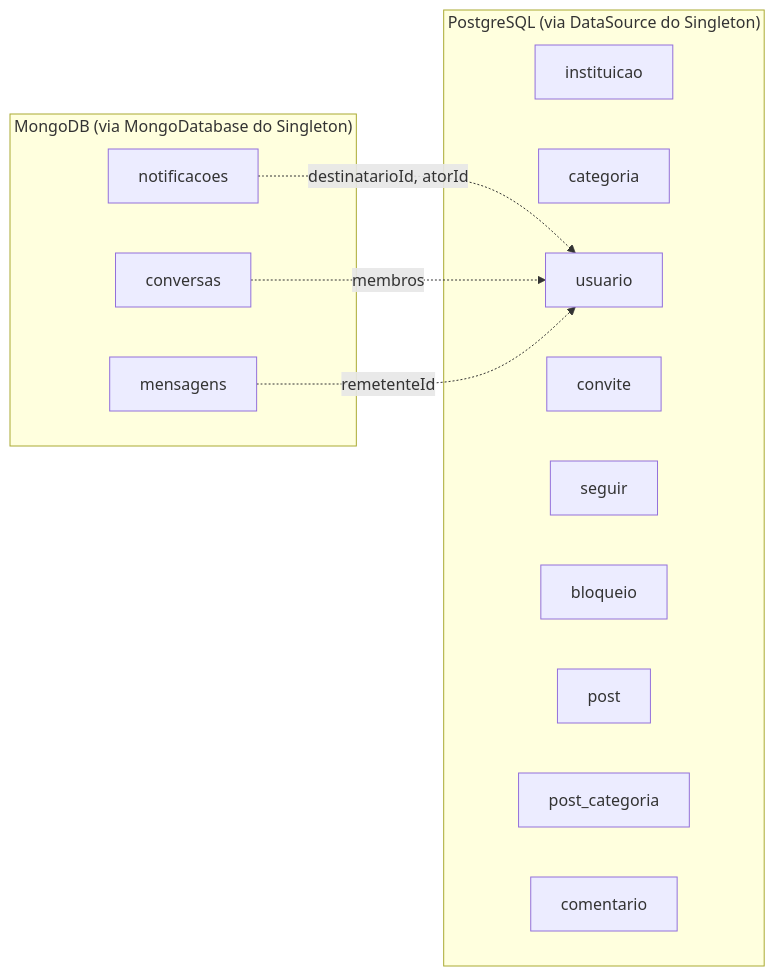
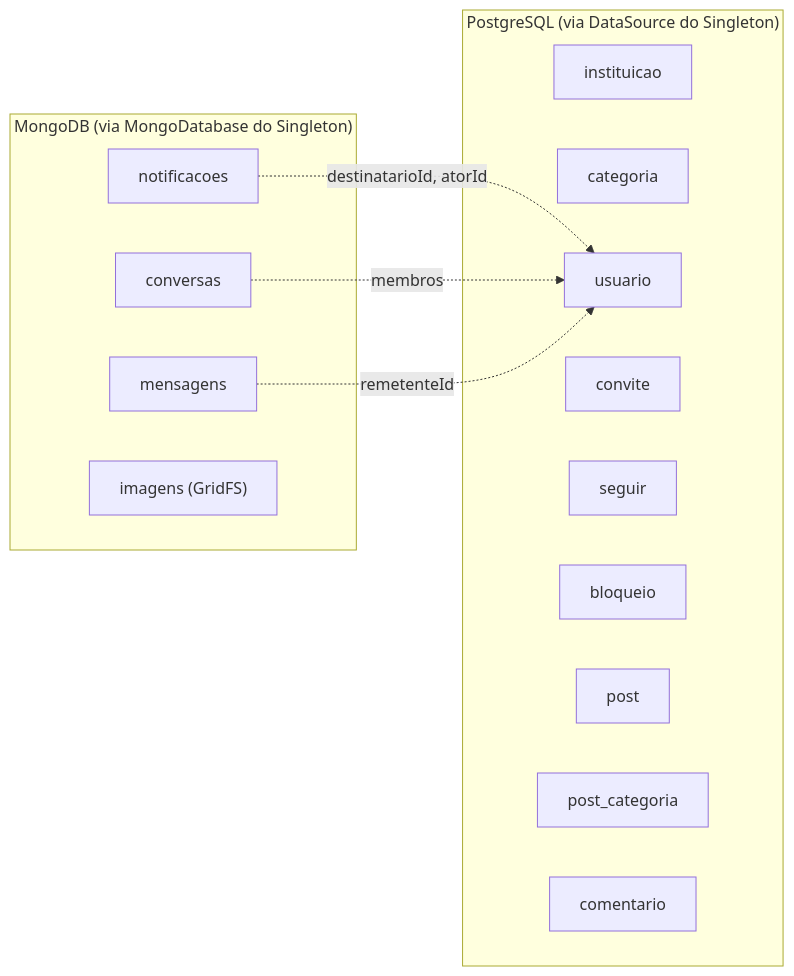
Before and after one commit to MaceloAlexandre/fademy_backend: the seventh of 8 diagrams in docs/DIAGRAMAS.md, drawn with Mermaid. The commit also changed other lines of this file and 29 other files, not shown here.

Commit message:
feat #62: imagens no MongoDB (GridFS) pelo MongoAdapter, no lugar do SeaweedFS (#64)

````diff
--- a/docs/DIAGRAMAS.md
+++ b/docs/DIAGRAMAS.md
@@ -457,22 +457,23 @@
 ```mermaid
 flowchart LR
     subgraph Postgres["PostgreSQL (via DataSource do Singleton)"]
         instituicao
         categoria
         usuario
         convite
         seguir
         bloqueio
         post
         post_categoria
         comentario
     end
     subgraph Mongo["MongoDB (via MongoDatabase do Singleton)"]
         notificacoes
         conversas
         mensagens
+        imagens["imagens (GridFS)"]
     end
     notificacoes -.->|destinatarioId, atorId| usuario
     conversas -.->|membros| usuario
     mensagens -.->|remetenteId| usuario
 ```
````
